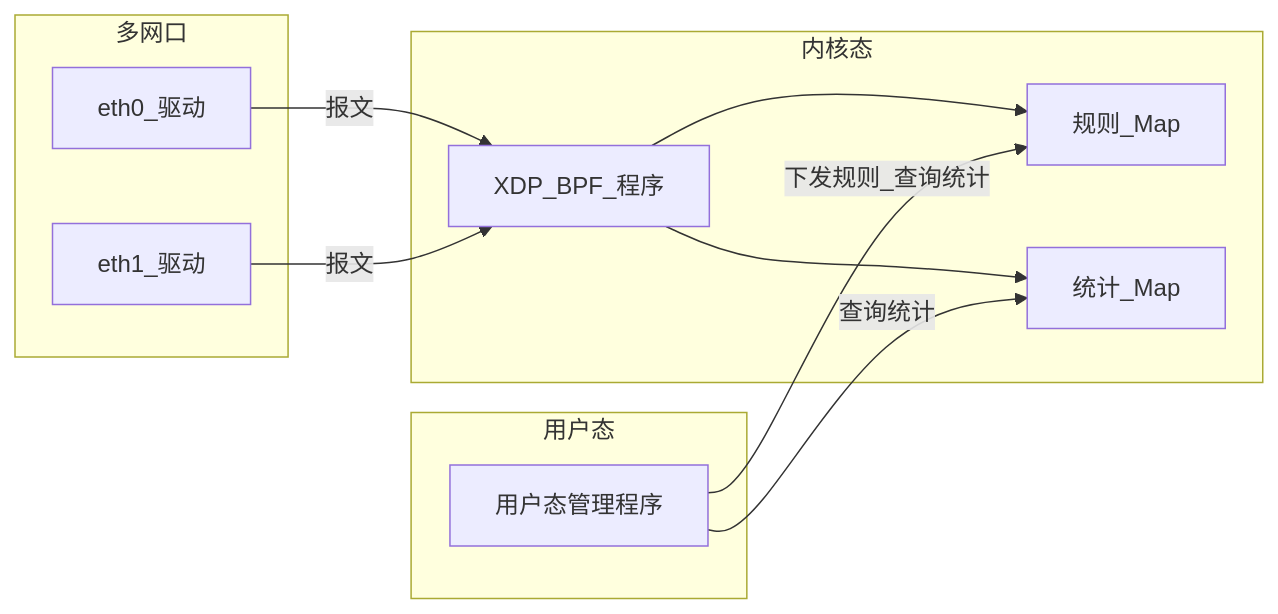
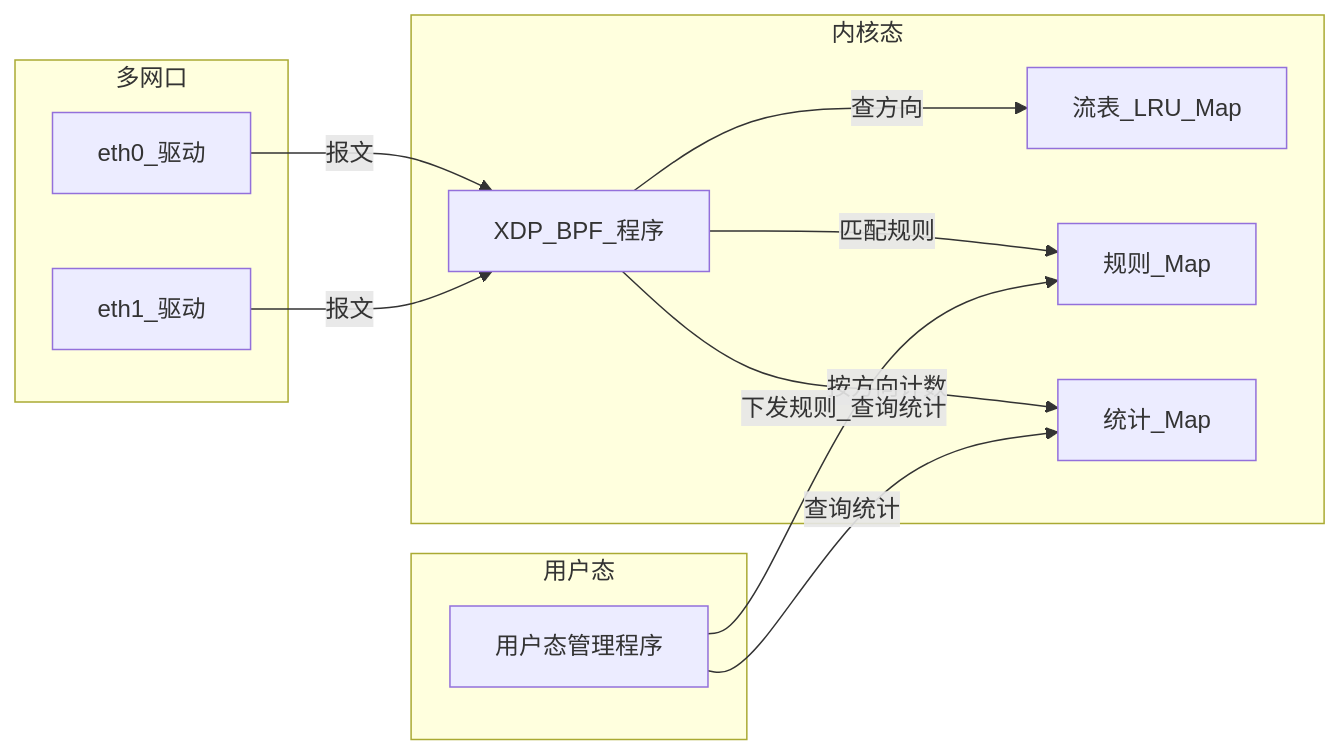
Before and after one commit to echoechoin/TrafficMeter-tc: the diagram in traffic_meter.md, drawn with Mermaid. The commit also changed other lines of this file and 4 other files, not shown here.

First line of the commit message:
feat: implement XDP data plane with flow table and direction detection

````diff
--- a/traffic_meter.md
+++ b/traffic_meter.md
@@ -30,21 +31,23 @@
 ```mermaid
 flowchart LR
   subgraph userspace [用户态]
     CLI[用户态管理程序]
   end
   subgraph kernel [内核态]
     XDP[XDP_BPF_程序]
+    FlowTable[流表_LRU_Map]
     RulesMap[规则_Map]
     StatsMap[统计_Map]
   end
   subgraph nics [多网口]
     D0[eth0_驱动]
     D1[eth1_驱动]
   end
   D0 -->|报文| XDP
   D1 -->|报文| XDP
-  XDP --> RulesMap
-  XDP --> StatsMap
+  XDP -->|查方向| FlowTable
+  XDP -->|匹配规则| RulesMap
+  XDP -->|按方向计数| StatsMap
   CLI -->|下发规则_查询统计| RulesMap
   CLI -->|查询统计| StatsMap
 ```
````
